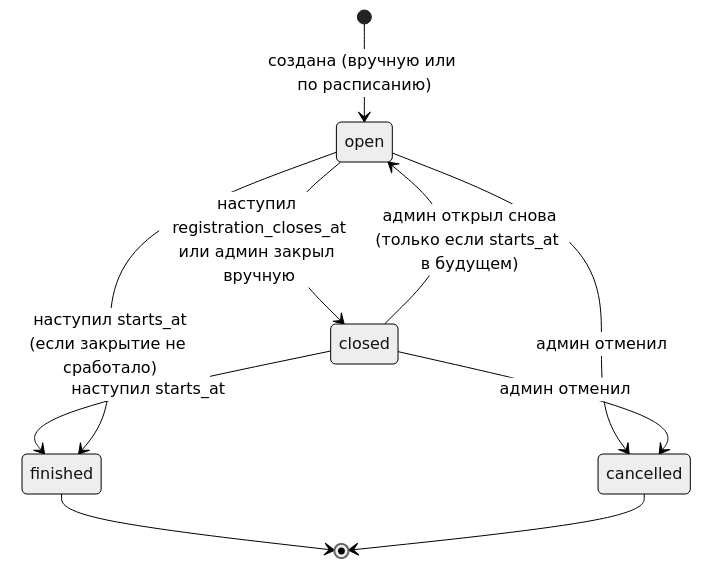
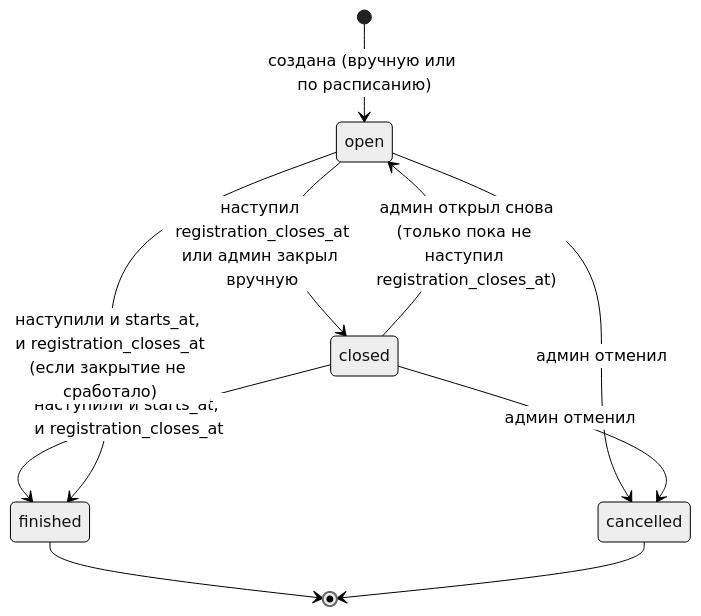
The first of 2 diagrams in docs/spec/05-business-logic.md (dimbo1324/meetup-rsvp-bot), drawn with Mermaid (neutral theme) before and after one commit. The commit also changed other lines of this file, not shown here.

Commit message:
docs: жизненный цикл встречи (5.1, 5.7) и напоминание о явке (5.8) по факту кода

````diff
--- a/docs/spec/05-business-logic.md
+++ b/docs/spec/05-business-logic.md
@@ -5,12 +5,12 @@
 ```mermaid
 stateDiagram-v2
     [*] --> open: создана (вручную или по расписанию)
     open --> closed: наступил registration_closes_at<br/>или админ закрыл вручную
-    closed --> open: админ открыл снова<br/>(только если starts_at в будущем)
+    closed --> open: админ открыл снова<br/>(только пока не наступил registration_closes_at)
     open --> cancelled: админ отменил
     closed --> cancelled: админ отменил
-    closed --> finished: наступил starts_at
-    open --> finished: наступил starts_at<br/>(если закрытие не сработало)
+    closed --> finished: наступили и starts_at, и registration_closes_at
+    open --> finished: наступили и starts_at, и registration_closes_at<br/>(если закрытие не сработало)
     finished --> [*]
     cancelled --> [*]
 ```
````
